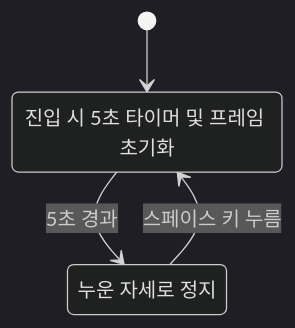
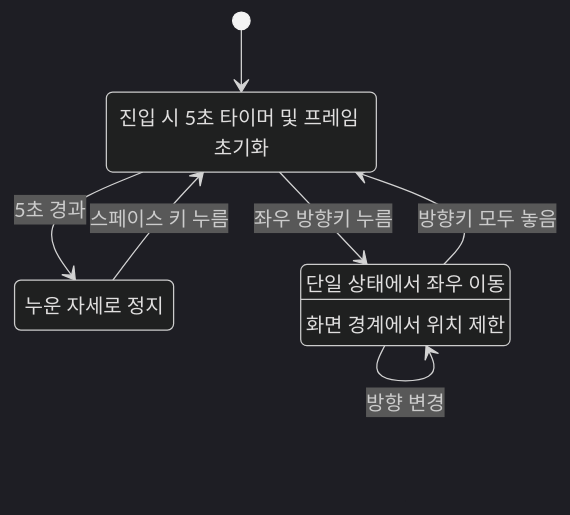
Before and after one commit to GHL326/Drill11: the diagram in state_diagram.md, drawn with Mermaid (dark theme). The commit also changed other lines of this file, not shown here.

Commit message:
다이어그램: RUN 진입과 정지 및 화면 경계 추가

````diff
--- a/state_diagram.md
+++ b/state_diagram.md
@@ -3,8 +3,13 @@
 ```mermaid
 stateDiagram-v2
     [*] --> IDLE
     IDLE: 진입 시 5초 타이머 및 프레임 초기화
     SLEEP: 누운 자세로 정지
     IDLE --> SLEEP: 5초 경과
     SLEEP --> IDLE: 스페이스 키 누름
+    RUN: 단일 상태에서 좌우 이동
+    RUN: 화면 경계에서 위치 제한
+    IDLE --> RUN: 좌우 방향키 누름
+    RUN --> RUN: 방향 변경
+    RUN --> IDLE: 방향키 모두 놓음
 ```
````
